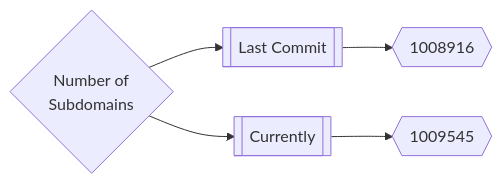
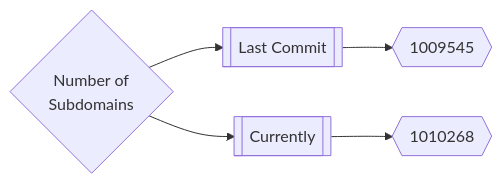
Before and after one commit to Excloudx6/inventory: the first of 3 diagrams in README.md, drawn with Mermaid. The commit also changed other lines of this file, not shown here.

Commit message:
Update README.md Sun Aug 14 22:13:50 UTC 2022

````diff
--- a/README.md
+++ b/README.md
@@ -167,5 +167,5 @@
 ```mermaid
 graph LR
-title{Number of<br>Subdomains} --> subdomainsDate1[[Last Commit]] --> subdomainsNum1{{1008916}}
-title --> subdomainsDate2[[Currently]] --> subdomainsNum2{{1009545}}
+title{Number of<br>Subdomains} --> subdomainsDate1[[Last Commit]] --> subdomainsNum1{{1009545}}
+title --> subdomainsDate2[[Currently]] --> subdomainsNum2{{1010268}}
 ```
````
